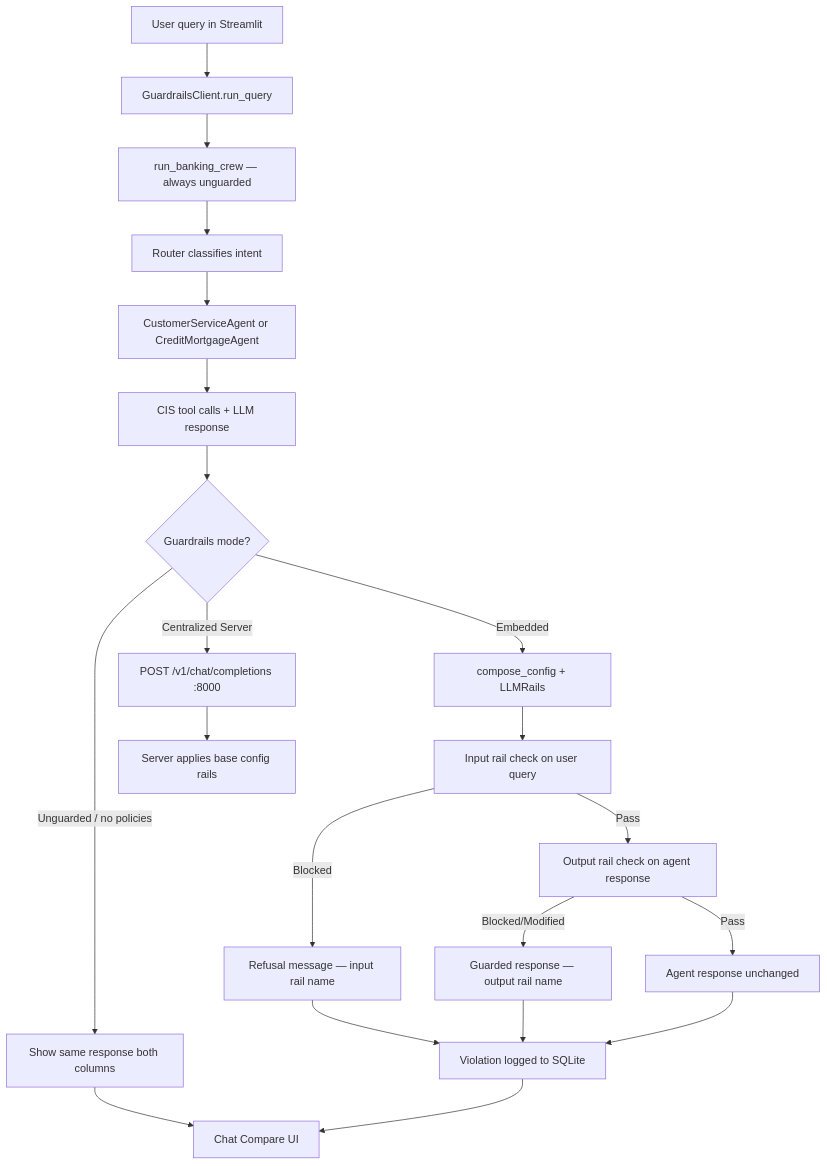
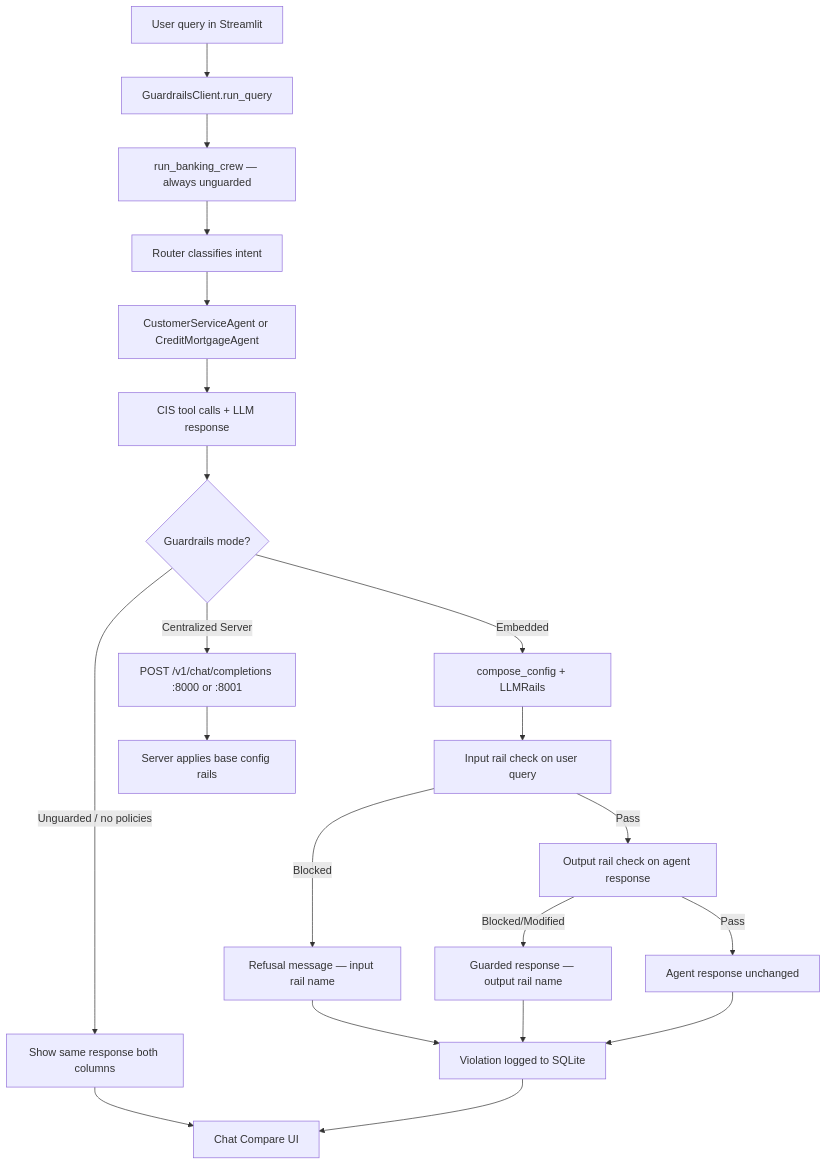
Before and after one commit to SuperEllipse/ai-governance: the diagram in README.md, drawn with Mermaid. The commit also changed other lines of this file and 7 other files, not shown here.

````diff
--- a/README.md
+++ b/README.md
@@ -128,23 +129,23 @@
 ```mermaid
 flowchart TD
     A[User query in Streamlit] --> B[GuardrailsClient.run_query]
     B --> C[run_banking_crew — always unguarded]
     C --> D[Router classifies intent]
     D --> E[CustomerServiceAgent or CreditMortgageAgent]
     E --> F[CIS tool calls + LLM response]
     F --> G{Guardrails mode?}
     G -->|Unguarded / no policies| H[Show same response both columns]
     G -->|Embedded| I[compose_config + LLMRails]
-    G -->|Centralized Server| J[POST /v1/chat/completions :8000]
+    G -->|Centralized Server| J[POST /v1/chat/completions :8000 or :8001]
     I --> K[Input rail check on user query]
     K -->|Blocked| L[Refusal message — input rail name]
     K -->|Pass| M[Output rail check on agent response]
     M -->|Blocked/Modified| N[Guarded response — output rail name]
     M -->|Pass| O[Agent response unchanged]
     J --> P[Server applies base config rails]
     L --> Q[Violation logged to SQLite]
     N --> Q
     O --> Q
     H --> R[Chat Compare UI]
     Q --> R
 ```
````
